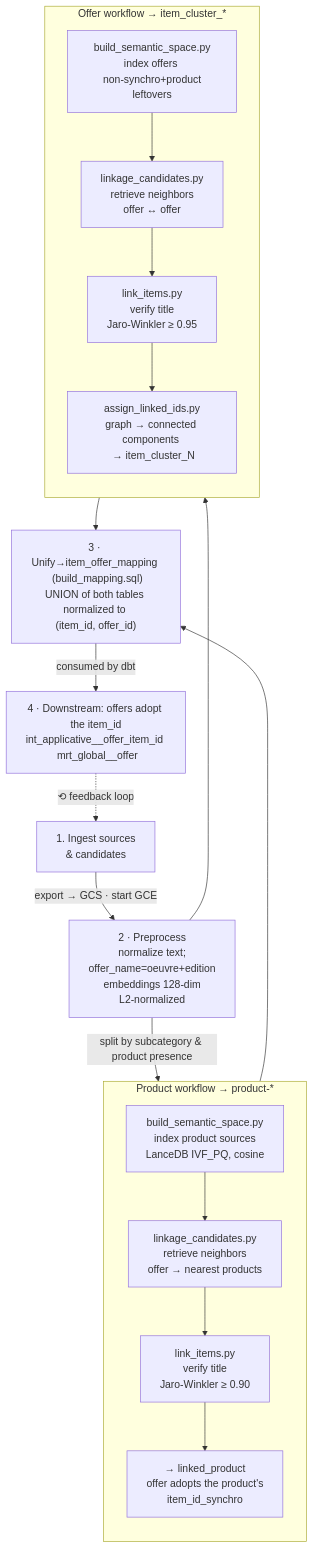
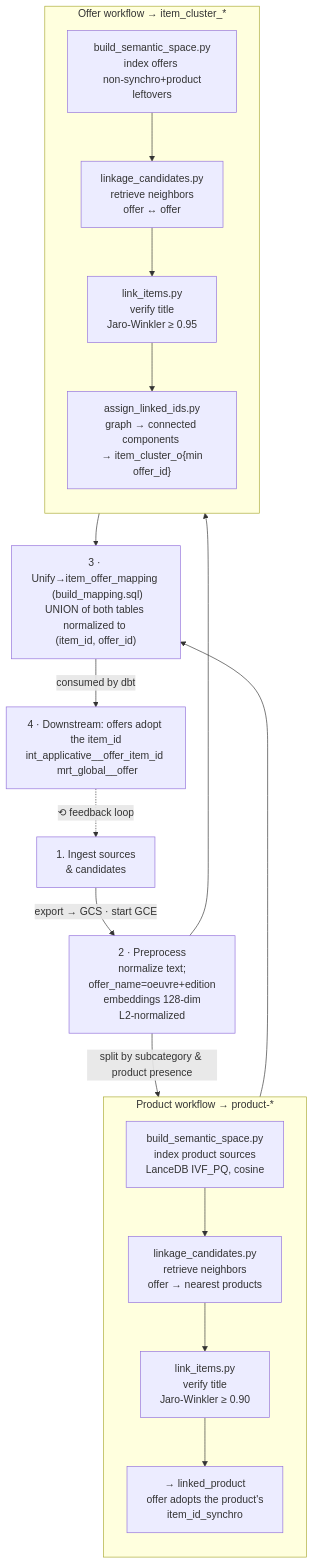
Before and after one commit to pass-culture/data-gcp: the diagram in jobs/ml_jobs/item_linkage/README.md, drawn with Mermaid. The commit also changed other lines of this file and 3 other files, not shown here.

````diff
--- a/jobs/ml_jobs/item_linkage/README.md
+++ b/jobs/ml_jobs/item_linkage/README.md
@@ -103,28 +103,28 @@
 ```mermaid
 flowchart TD
     ingest["1. Ingest sources <br/> & candidates"]
     ingest -->|export → GCS · start GCE| pre["2 · Preprocess <br/>normalize text; <br/>offer_name=oeuvre+edition<br/>embeddings 128-dim <br/> L2-normalized"]
     pre -->|split by subcategory & product presence| prod0
     pre --> off0
 
     subgraph P [Product workflow → product-*]
         direction TB
         prod0["build_semantic_space.py<br/>index product sources <br/> LanceDB IVF_PQ, cosine"]
         prod0 --> prod1["linkage_candidates.py<br/>retrieve neighbors <br/> offer → nearest products"]
         prod1 --> prod2["link_items.py<br/>verify title <br/> Jaro-Winkler ≥ 0.90"]
         prod2 --> prod3["→ linked_product<br/>offer adopts the product's <br/> item_id_synchro"]
     end
 
     subgraph O [Offer workflow → item_cluster_*]
         direction TB
         off0["build_semantic_space.py<br/>index offers <br/> non-synchro+product leftovers"]
         off0 --> off1["linkage_candidates.py<br/>retrieve neighbors <br/> offer ↔ offer"]
         off1 --> off2["link_items.py<br/>verify title <br/> Jaro-Winkler ≥ 0.95"]
-        off2 --> off3["assign_linked_ids.py<br/>graph → connected components <br/> → item_cluster_N"]
+        off2 --> off3["assign_linked_ids.py<br/>graph → connected components <br/> → item_cluster_o{min offer_id}"]
     end
 
     prod3 --> unify["3 · Unify→item_offer_mapping <br/> (build_mapping.sql)<br/>UNION of both tables <br/> normalized to  <br/>(item_id, offer_id)"]
     off3 --> unify
     unify -->|consumed by dbt| down["4 · Downstream: offers adopt <br/>the item_id<br/>int_applicative__offer_item_id <br/> mrt_global__offer"]
     down -.->|⟲ feedback loop| ingest
 ```
````
